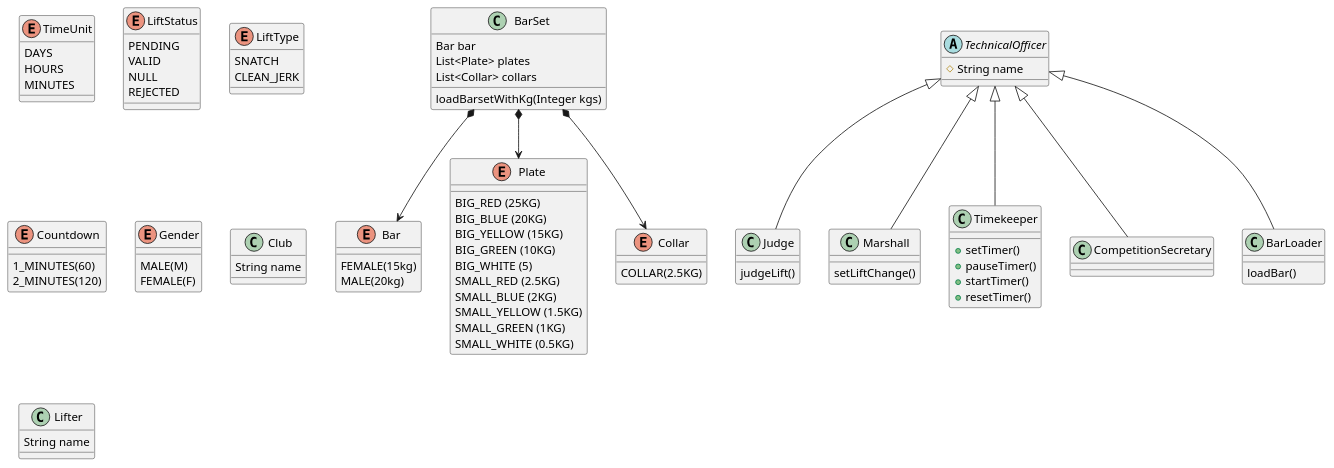
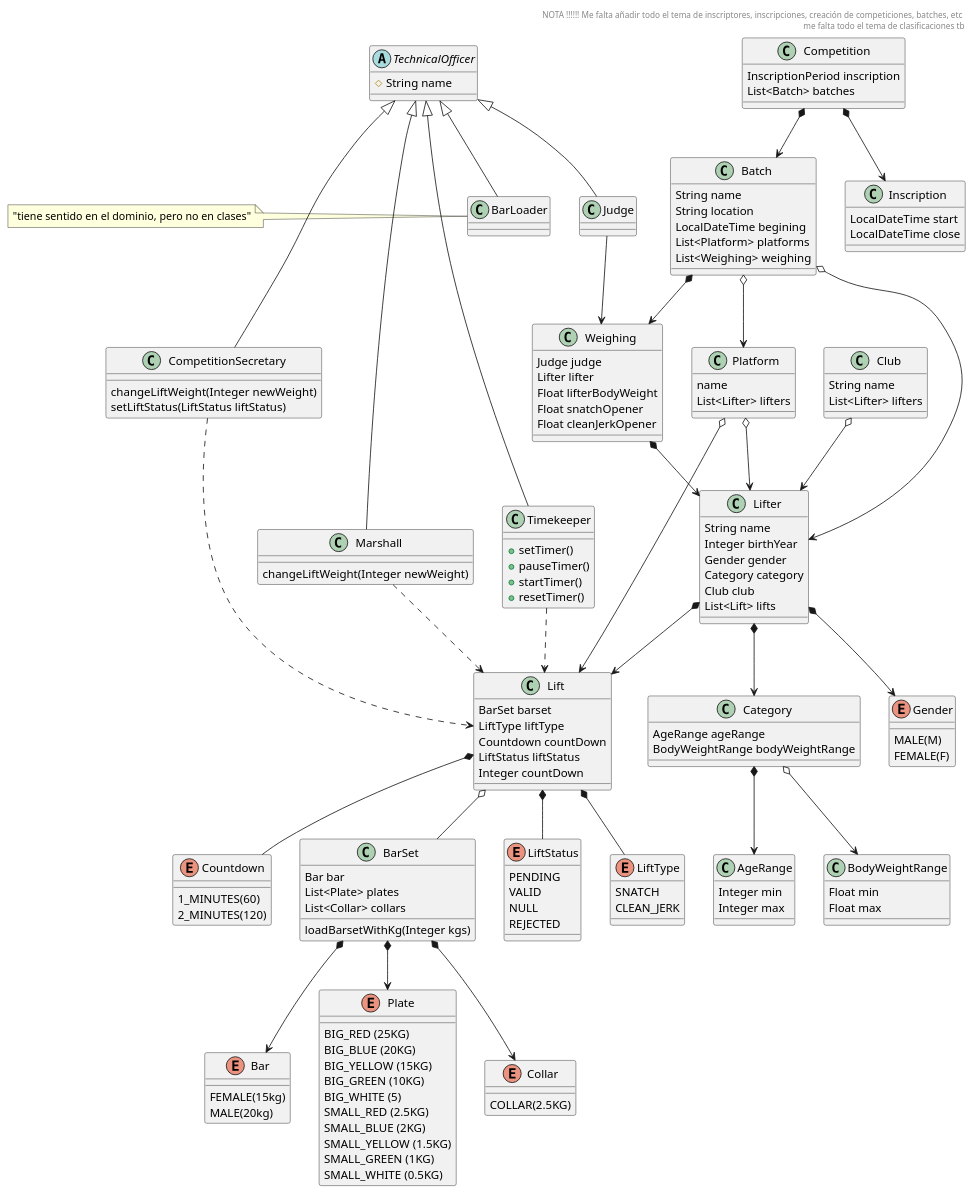
The diagram in documentation/diagrams/3_design/ClassDiagram.puml (zuldare/mastercloud_pfm_halterocms), drawn with PlantUML before and after one commit. The commit also changed 1 other file, not shown here.

Commit message:
Add class diagrams

```diff
--- a/documentation/diagrams/3_design/ClassDiagram.puml
+++ b/documentation/diagrams/3_design/ClassDiagram.puml
@@ -1,123 +1,199 @@
 @startuml
-'
-'abstract class AbstractList
-'abstract AbstractCollection
-'interface List
-'interface Collection
-'
-'List <|-- AbstractList
-'Collection <|-- AbstractCollection
-'
-'Collection <|- List
-'AbstractCollection <|- AbstractList
-'AbstractList <|-- ArrayList
-'
-'class ArrayList {
-'Object[] elementData
-'size()
-'}
-
-enum TimeUnit {
-DAYS
-HOURS
-MINUTES
-}
-
 enum LiftStatus {
   PENDING
   VALID
   NULL
   REJECTED
 }
 
 enum LiftType {
   SNATCH
   CLEAN_JERK
 }
 
 enum Countdown {
   1_MINUTES(60)
   2_MINUTES(120)
 }
 
 enum Bar {
   FEMALE(15kg)
   MALE(20kg)
 }
 
 enum Plate {
   BIG_RED (25KG)
   BIG_BLUE (20KG)
   BIG_YELLOW (15KG)
   BIG_GREEN (10KG)
   BIG_WHITE (5)
   SMALL_RED (2.5KG)
   SMALL_BLUE (2KG)
   SMALL_YELLOW (1.5KG)
   SMALL_GREEN (1KG)
   SMALL_WHITE (0.5KG)
 }
 
 enum Collar {
   COLLAR(2.5KG)
 }
 
 enum Gender {
   MALE(M)
   FEMALE(F)
 }
 
 class Judge {
-  judgeLift()
+
 }
 
 class Marshall {
-  setLiftChange()
+  changeLiftWeight(Integer newWeight)
 }
 
 class Timekeeper {
   + setTimer()
   + pauseTimer()
   + startTimer()
   + resetTimer()
 }
 
 class CompetitionSecretary {
+  changeLiftWeight(Integer newWeight)
+  setLiftStatus(LiftStatus liftStatus)
 }
 
 class BarLoader {
-  loadBar()
+'  loadBar()
 }
+note left of BarLoader : "tiene sentido en el dominio, pero no en clases"
+
 
 abstract class TechnicalOfficer {
   # String name
 }
 
 TechnicalOfficer <|-- CompetitionSecretary
 TechnicalOfficer <|-- Marshall
 TechnicalOfficer <|-- Judge
 TechnicalOfficer <|-- Timekeeper
 TechnicalOfficer <|-- BarLoader
 
 
 class BarSet {
   Bar bar
   List<Plate> plates
   List<Collar> collars
 
 
   loadBarsetWithKg(Integer kgs)
 }
 
 BarSet *--> Bar
 BarSet *--> Plate
 BarSet *--> Collar
 
 class Club {
   String name
+  List<Lifter> lifters
 }
+
+
+class Competition {
+  InscriptionPeriod inscription
+  List<Batch> batches
+}
+
+class Inscription {
+  LocalDateTime start
+  LocalDateTime close
+}
+
+Competition *--> Inscription
+
+class Batch {
+  String name
+  String location
+  LocalDateTime begining
+  List<Platform> platforms
+  List<Weighing> weighing
+}
+
+Competition *--> Batch
+Batch *--> Weighing
+
+class Platform {
+  name
+  List<Lifter> lifters
+}
+Platform o--> Lift
+Platform o--> Lifter
+
+class Weighing {
+  Judge judge
+  Lifter lifter
+  Float lifterBodyWeight
+  Float snatchOpener
+  Float cleanJerkOpener
+}
+
+Weighing *--> Lifter
 
 class Lifter {
   String name
+  Integer birthYear
+  Gender gender
+  Category category
+  Club club
+  List<Lift> lifts
 }
+
+Lifter *--> Gender
+
+class Category {
+   AgeRange ageRange
+   BodyWeightRange bodyWeightRange
+}
+
+Club o--> Lifter
+
+class AgeRange {
+  Integer min
+  Integer max
+}
+
+class BodyWeightRange {
+  Float min
+  Float max
+}
+
+Category *--> AgeRange
+Category o--> BodyWeightRange
+
+class Lift {
+  BarSet barset
+  LiftType liftType
+  Countdown countDown
+  LiftStatus liftStatus
+  Integer countDown
+}
+
+Lifter *--> Lift
+Lift *-- LiftType
+Lift *-- LiftStatus
+Lift *-- Countdown
+Lift o-- BarSet
+
+Batch o--> Platform
+Lifter *--> Category
+Batch o--> Lifter
+
+Judge --> Weighing
+
+CompetitionSecretary ..> Lift
+Marshall ..> Lift
+Timekeeper ..> Lift
+
+
+header NOTA !!!!!! Me falta añadir todo el tema de inscriptores, inscripciones, creación de competiciones, batches, etc \n me falta todo el tema de clasificaciones tb
 @enduml
```
